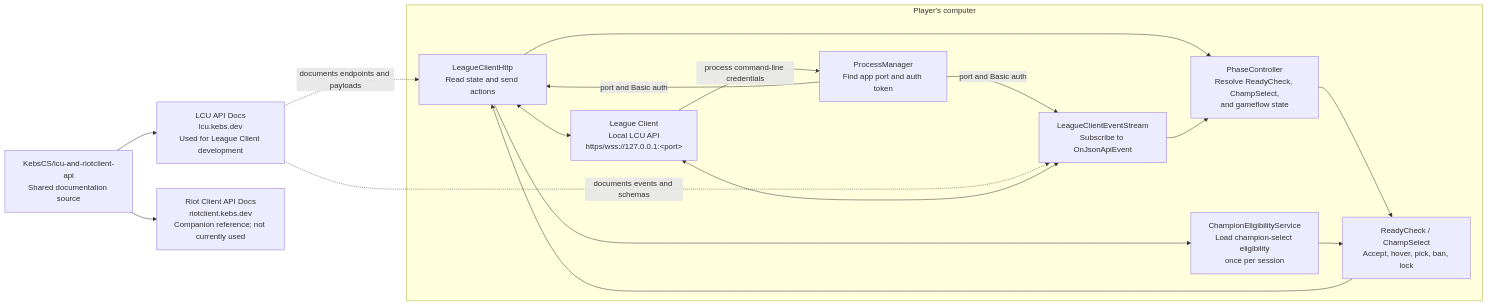
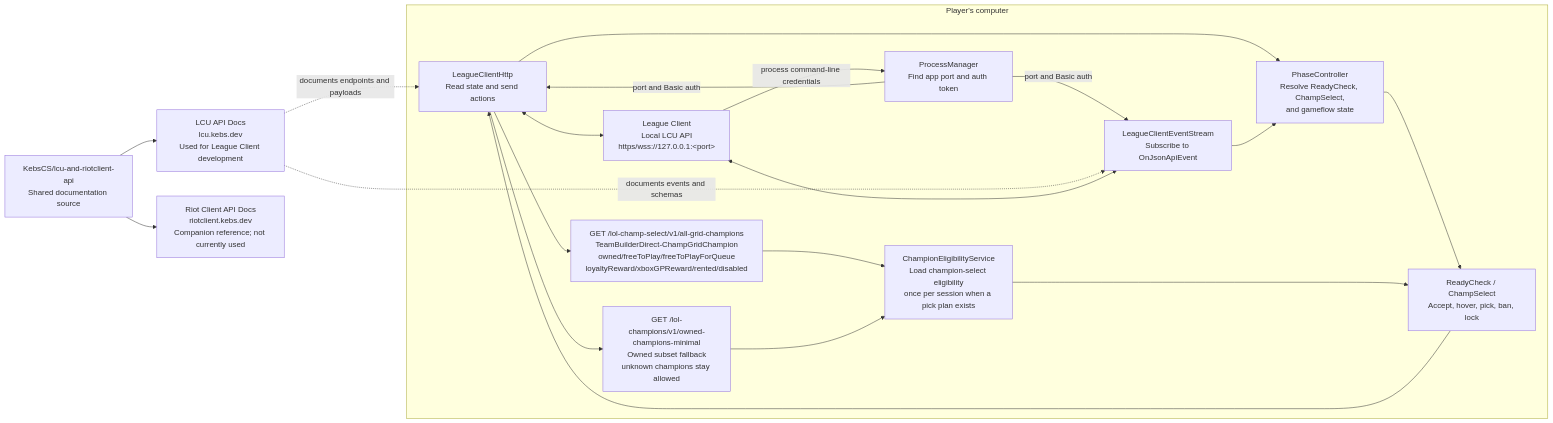
Before and after one commit to wwwnic/JoinGameAfk: the second of 2 diagrams in .github/draft-pick-overview.md, drawn with Mermaid. The commit also changed other lines of this file and 7 other files, not shown here.

````diff
--- a/.github/draft-pick-overview.md
+++ b/.github/draft-pick-overview.md
@@ -44,33 +44,38 @@
 ```mermaid
 flowchart LR
     SOURCE["KebsCS/lcu-and-riotclient-api\nShared documentation source"]
     LCU_DOCS["LCU API Docs\nlcu.kebs.dev\nUsed for League Client development"]
     RIOT_DOCS["Riot Client API Docs\nriotclient.kebs.dev\nCompanion reference; not currently used"]
 
     subgraph LOCAL["Player's computer"]
         CLIENT["League Client\nLocal LCU API\nhttps/wss://127.0.0.1:&lt;port&gt;"]
         PROCESS["ProcessManager\nFind app port and auth token"]
         HTTP["LeagueClientHttp\nRead state and send actions"]
         EVENTS["LeagueClientEventStream\nSubscribe to OnJsonApiEvent"]
         CONTROLLER["PhaseController\nResolve ReadyCheck, ChampSelect,\nand gameflow state"]
-        ELIGIBILITY["ChampionEligibilityService\nLoad champion-select eligibility\nonce per session"]
+        GRID["GET /lol-champ-select/v1/all-grid-champions\nTeamBuilderDirect-ChampGridChampion\nowned/freeToPlay/freeToPlayForQueue\nloyaltyReward/xboxGPReward/rented/disabled"]
+        FALLBACK["GET /lol-champions/v1/owned-champions-minimal\nOwned subset fallback\nunknown champions stay allowed"]
+        ELIGIBILITY["ChampionEligibilityService\nLoad champion-select eligibility\nonce per session when a pick plan exists"]
         HANDLERS["ReadyCheck / ChampSelect\nAccept, hover, pick, ban, lock"]
 
         CLIENT -- "process command-line credentials" --> PROCESS
         PROCESS -- "port and Basic auth" --> HTTP
         PROCESS -- "port and Basic auth" --> EVENTS
         HTTP <--> CLIENT
         EVENTS <--> CLIENT
         HTTP --> CONTROLLER
         EVENTS --> CONTROLLER
         CONTROLLER --> HANDLERS
-        HTTP --> ELIGIBILITY
+        HTTP --> GRID
+        HTTP --> FALLBACK
+        GRID --> ELIGIBILITY
+        FALLBACK --> ELIGIBILITY
         ELIGIBILITY --> HANDLERS
         HANDLERS --> HTTP
     end
 
     SOURCE --> LCU_DOCS
     SOURCE --> RIOT_DOCS
     LCU_DOCS -. "documents endpoints and payloads" .-> HTTP
     LCU_DOCS -. "documents events and schemas" .-> EVENTS
 ```
````
